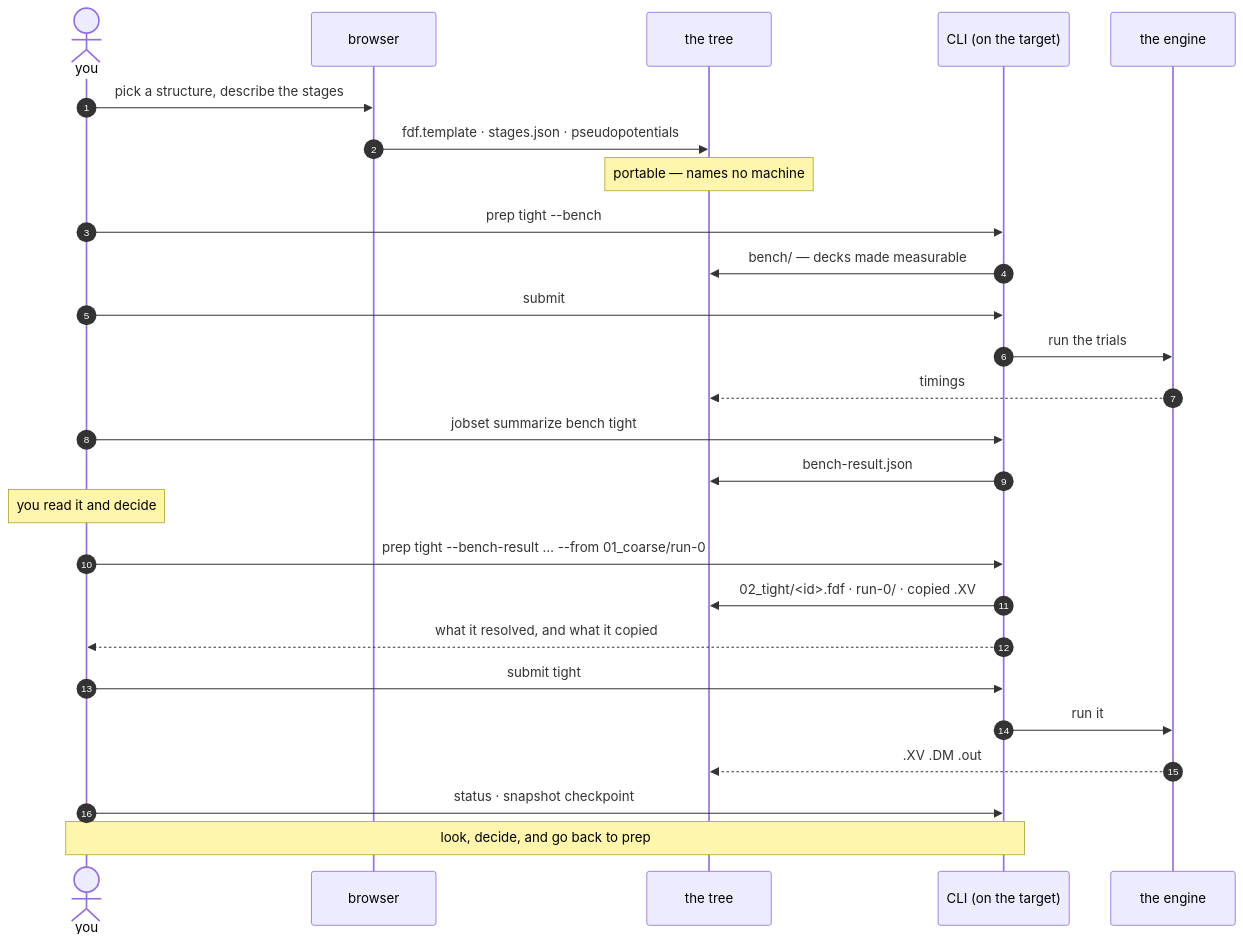
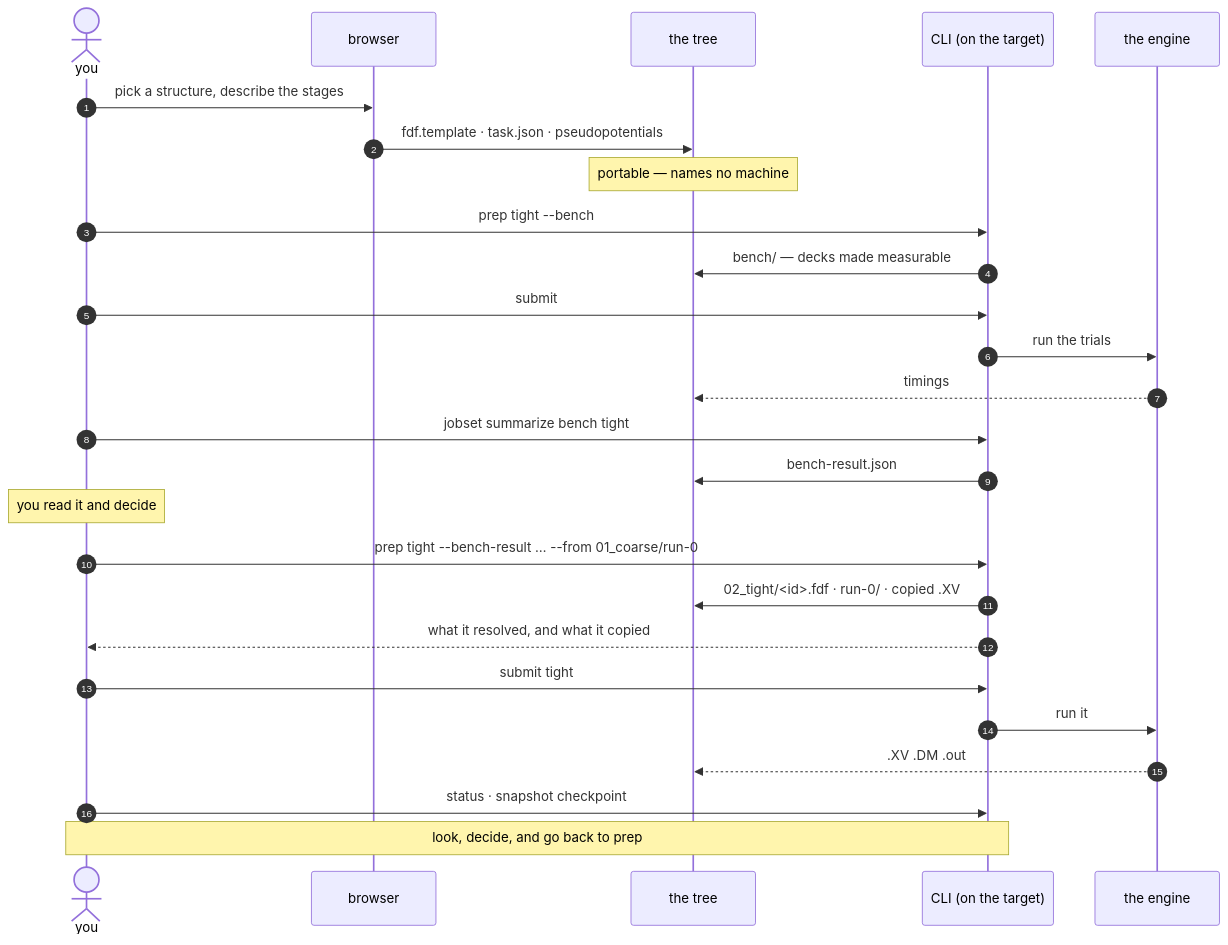
The eighth of 9 diagrams in docs/execution/project-layout.md (Qing-LAB/molbuilder), drawn with Mermaid before and after one commit. The commit also changed other lines of this file and 12 other files, not shown here.

````diff
--- a/docs/execution/project-layout.md
+++ b/docs/execution/project-layout.md
@@ -778,33 +778,33 @@
 ```mermaid
 sequenceDiagram
     autonumber
     actor U as you
     participant B as browser
     participant T as the tree
     participant C as CLI (on the target)
     participant E as the engine
 
     U->>B: pick a structure, describe the stages
-    B->>T: fdf.template · stages.json · pseudopotentials
+    B->>T: fdf.template · task.json · pseudopotentials
     Note over T: portable — names no machine
 
     U->>C: prep tight --bench
     C->>T: bench/ — decks made measurable
     U->>C: submit
     C->>E: run the trials
     E-->>T: timings
     U->>C: jobset summarize bench tight
     C->>T: bench-result.json
 
     Note over U: you read it and decide
 
     U->>C: prep tight --bench-result … --from 01_coarse/run-0
     C->>T: 02_tight/<id>.fdf · run-0/ · copied .XV
     C-->>U: what it resolved, and what it copied
     U->>C: submit tight
     C->>E: run it
     E-->>T: .XV .DM .out
 
     U->>C: status · snapshot checkpoint
     Note over U,C: look, decide, and go back to prep
 ```
````
